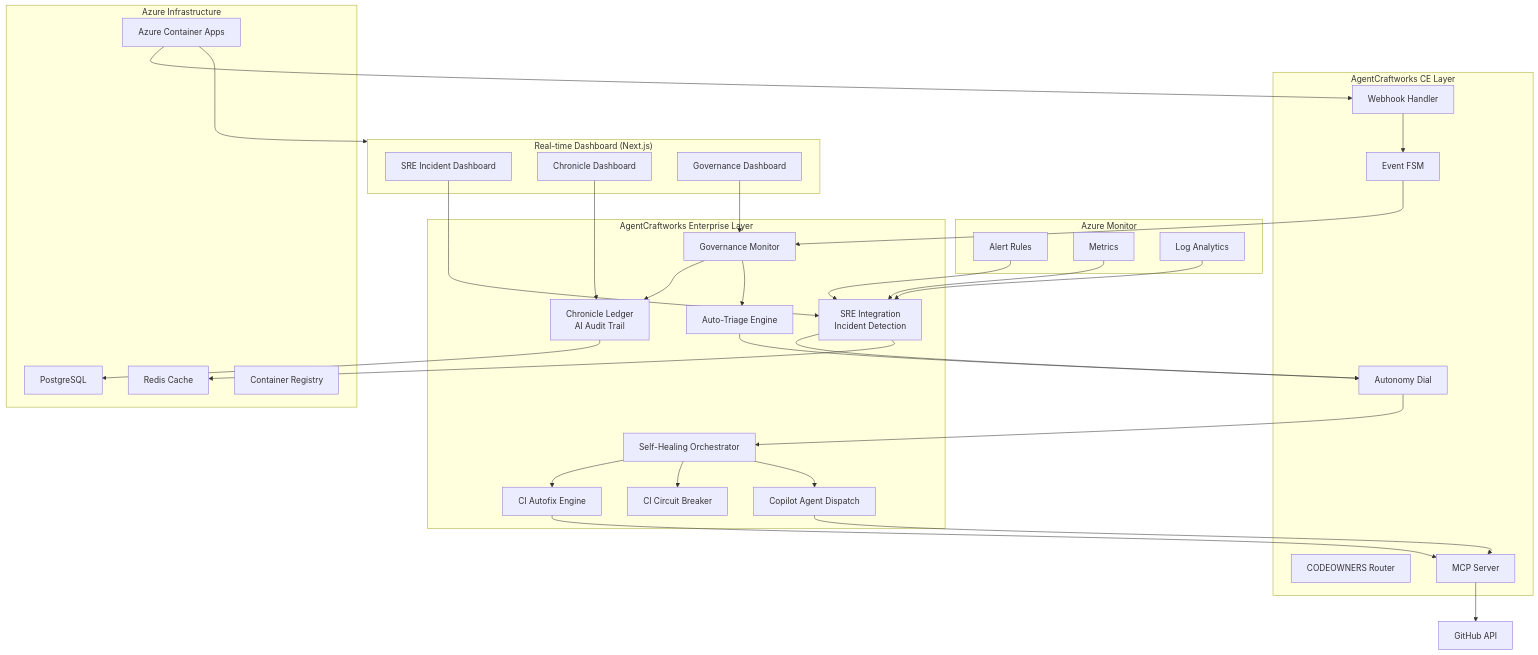
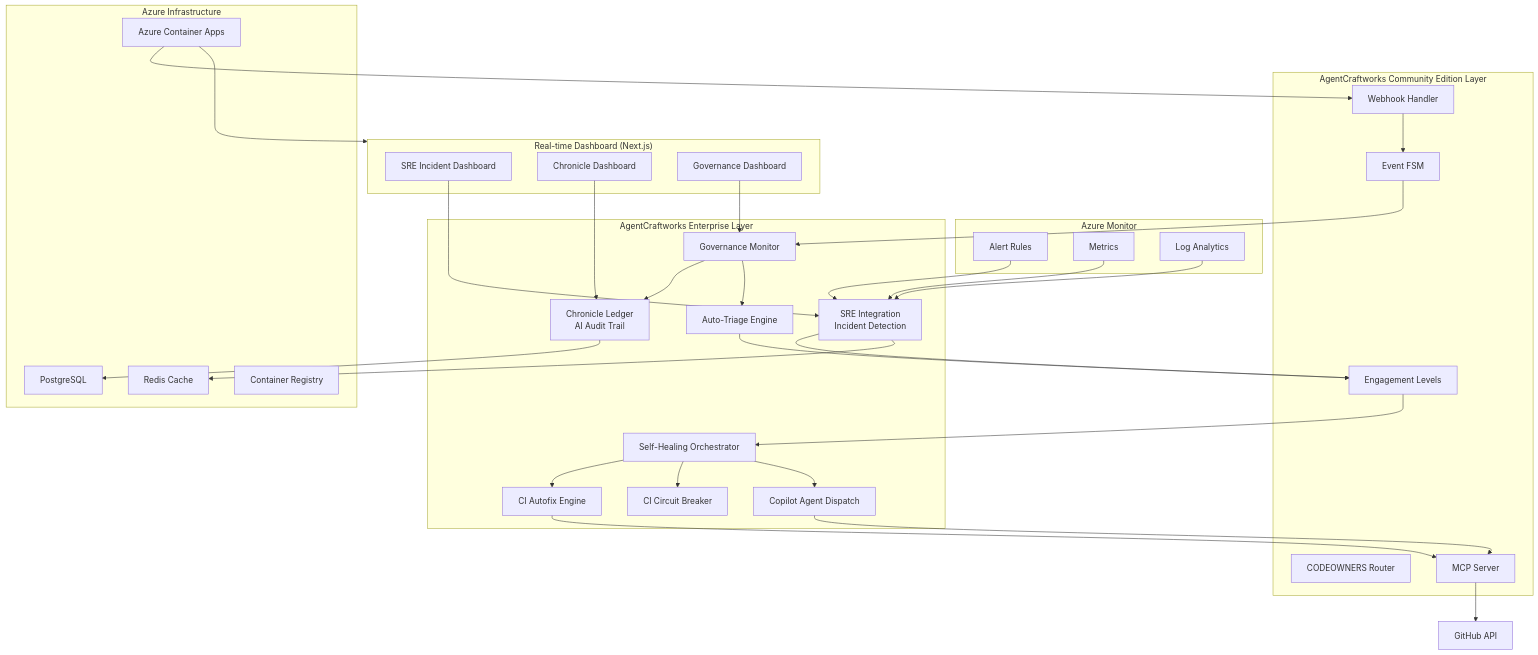
The second of 3 diagrams in docs/architecture.md (AgentCraftworks/AgentCraftworks_OpenSource), drawn with Mermaid before and after one commit. The commit also changed other lines of this file and 7 other files, not shown here.

First line of the commit message:
docs: rename AgentCraftworks CE to Community Edition and align Agent Engagement Levels language

````diff
--- a/docs/architecture.md
+++ b/docs/architecture.md
@@ -61,64 +61,64 @@
 ```mermaid
 graph TD
     subgraph AzureMonitor["Azure Monitor"]
         AM_ALERTS[Alert Rules]
         AM_METRICS[Metrics]
         AM_LOGS[Log Analytics]
     end
 
-    subgraph CE["AgentCraftworks CE Layer"]
+    subgraph CE["AgentCraftworks Community Edition Layer"]
         WH[Webhook Handler]
         FSM[Event FSM]
-        AD[Autonomy Dial]
+        AD[Engagement Levels]
         COD[CODEOWNERS Router]
         MCP[MCP Server]
     end
 
     subgraph Enterprise["AgentCraftworks Enterprise Layer"]
         SRE[SRE Integration<br/>Incident Detection]
         SHO[Self-Healing Orchestrator]
         CI_FIX[CI Autofix Engine]
         CI_CB[CI Circuit Breaker]
         GOV[Governance Monitor]
         CHRON[Chronicle Ledger<br/>AI Audit Trail]
         COPILOT[Copilot Agent Dispatch]
         TRIAGE[Auto-Triage Engine]
     end
 
     subgraph Dashboard["Real-time Dashboard (Next.js)"]
         SRE_DASH[SRE Incident Dashboard]
         CHRON_DASH[Chronicle Dashboard]
         GOV_DASH[Governance Dashboard]
     end
 
     subgraph AzureInfra["Azure Infrastructure"]
         ACA[Azure Container Apps]
         PG[PostgreSQL]
         REDIS[Redis Cache]
         ACR[Container Registry]
     end
 
     AM_ALERTS --> SRE
     AM_METRICS --> SRE
     AM_LOGS --> SRE
     SRE --> AD
     AD --> SHO
     SHO --> CI_FIX
     SHO --> CI_CB
     SHO --> COPILOT
     CI_FIX --> MCP
     COPILOT --> MCP
     MCP --> GH_API[GitHub API]
     WH --> FSM
     FSM --> GOV
     GOV --> CHRON
     GOV --> TRIAGE
     TRIAGE --> AD
     CHRON --> PG
     SRE --> REDIS
     ACA --> WH
     ACA --> Dashboard
     SRE_DASH --> SRE
     CHRON_DASH --> CHRON
     GOV_DASH --> GOV
 ```
````
